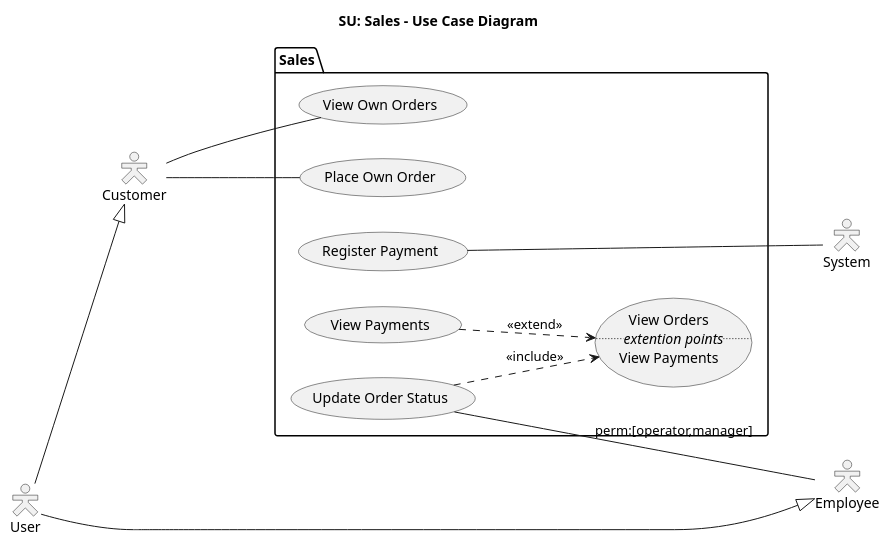
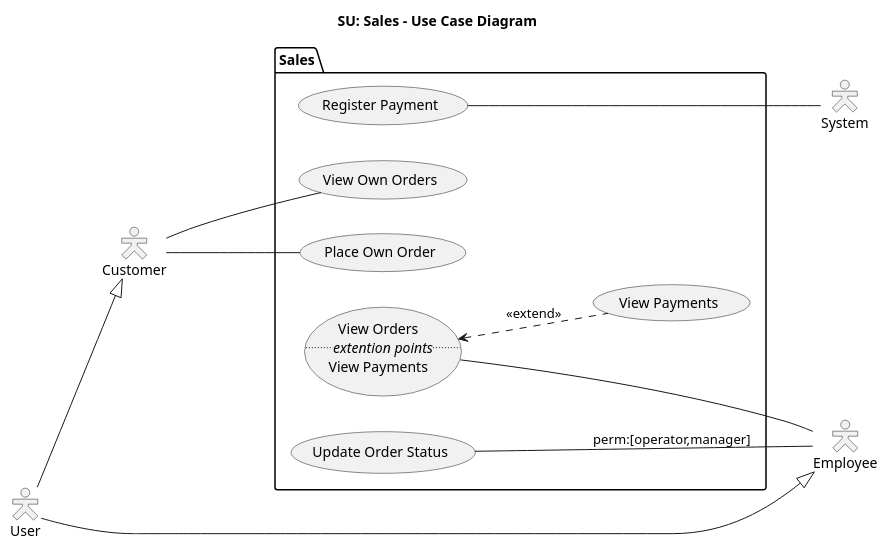
The diagram in docs/SU Sales - Use Case Diagram.puml (draganovik/matterway), drawn with PlantUML before and after one commit. The commit also changed 8 other files, not shown here.

First line of the commit message:
Add employee create flow (UI, API, types)

```diff
--- a/docs/SU Sales - Use Case Diagram.puml
+++ b/docs/SU Sales - Use Case Diagram.puml
@@ -1,38 +1,38 @@
 @startuml SUSalesUseCaseDiagram
 title SU: Sales - Use Case Diagram
 left to right direction
 skinparam shadowing false
 skinparam actorStyle hollow
 
 actor user as "User"
 actor csmr as "Customer"
 actor empl as "Employee"
 
 user --|> csmr
 user --|> empl
 
 actor systm as "System"
 
 package "Sales" {
   usecase placeOwnOrder as "Place Own Order"
   usecase viewOwnOrders as "View Own Orders"
 
   usecase viewOrders as "View Orders
                          ..<i>extention points</i>..
                          View Payments"
   usecase viewPayments as "View Payments"
   usecase updateOrderStatus as "Update Order Status"
 
   usecase registerPayment as "Register Payment"
 
-  viewPayments ..> viewOrders : <<extend>>
-  updateOrderStatus ..> viewOrders : <<include>>
+  viewPayments .up.> viewOrders : <<extend>>
 }
 
 csmr --- placeOwnOrder
 csmr --- viewOwnOrders
 
 updateOrderStatus --- empl : perm:[operator,manager]
+viewOrders --- empl
 
 registerPayment --- systm
 @enduml
```
